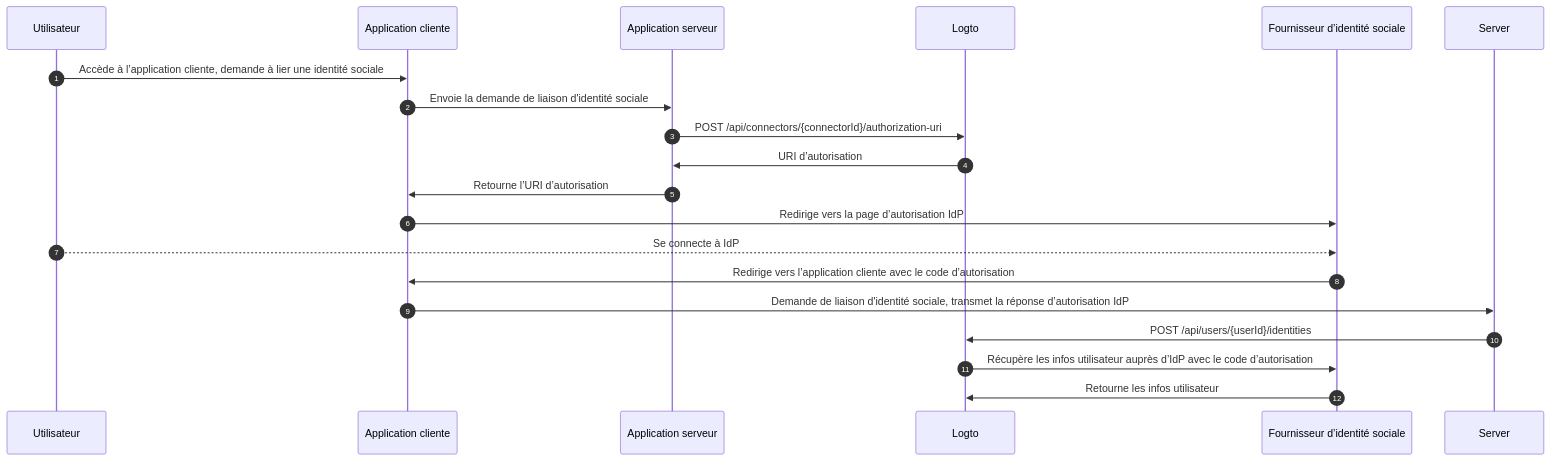
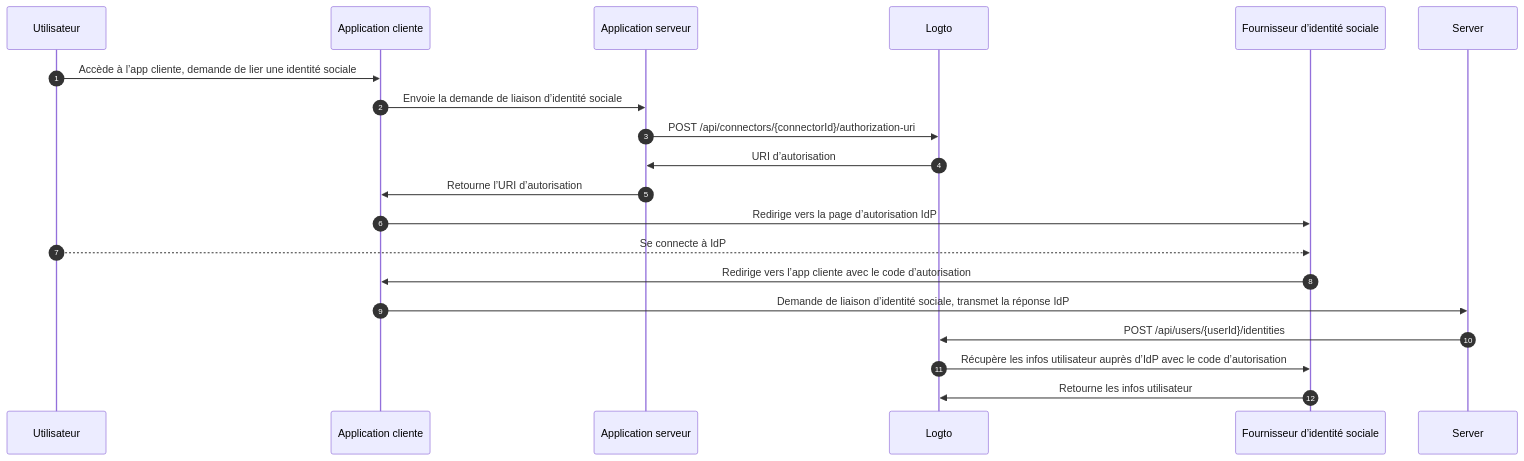
One commit to logto-io/docs changed the third of 3 diagrams in i18n/fr/docusaurus-plugin-content-docs/current/end-user-flows/account-settings/by-management-api.mdx. Above: the diagram before and after it, drawn with Mermaid. The commit also changed other lines of this file and 152 other files, not shown here.

````diff
--- a/i18n/fr/docusaurus-plugin-content-docs/current/end-user-flows/account-settings/by-management-api.mdx
+++ b/i18n/fr/docusaurus-plugin-content-docs/current/end-user-flows/account-settings/by-management-api.mdx
@@ -120,22 +120,22 @@
 ```mermaid
 sequenceDiagram
     autoNumber
     participant User as Utilisateur
     participant Client as Application cliente
     participant App as Application serveur
     participant Logto as Logto
     participant IdP as Fournisseur d’identité sociale
 
-    User ->> Client: Accède à l’application cliente, demande à lier une identité sociale
-    Client ->> App: Envoie la demande de liaison d'identité sociale
+    User ->> Client: Accède à l’app cliente, demande de lier une identité sociale
+    Client ->> App: Envoie la demande de liaison d’identité sociale
     App ->> Logto: POST /api/connectors/{connectorId}/authorization-uri
     Logto ->> App: URI d’autorisation
     App ->> Client: Retourne l’URI d’autorisation
     Client ->> IdP: Redirige vers la page d’autorisation IdP
     User -->> IdP: Se connecte à IdP
-    IdP ->> Client: Redirige vers l’application cliente avec le code d’autorisation
-    Client ->> Server: Demande de liaison d'identité sociale, transmet la réponse d’autorisation IdP
+    IdP ->> Client: Redirige vers l’app cliente avec le code d’autorisation
+    Client ->> Server: Demande de liaison d’identité sociale, transmet la réponse IdP
     Server ->> Logto: POST /api/users/{userId}/identities
     Logto ->> IdP: Récupère les infos utilisateur auprès d’IdP avec le code d’autorisation
     IdP ->> Logto: Retourne les infos utilisateur
 ```
````
